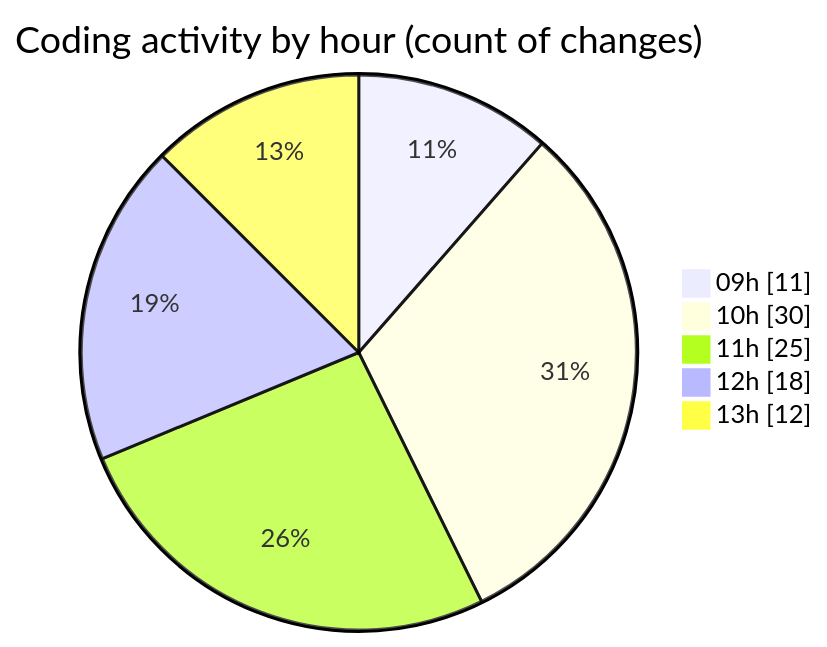
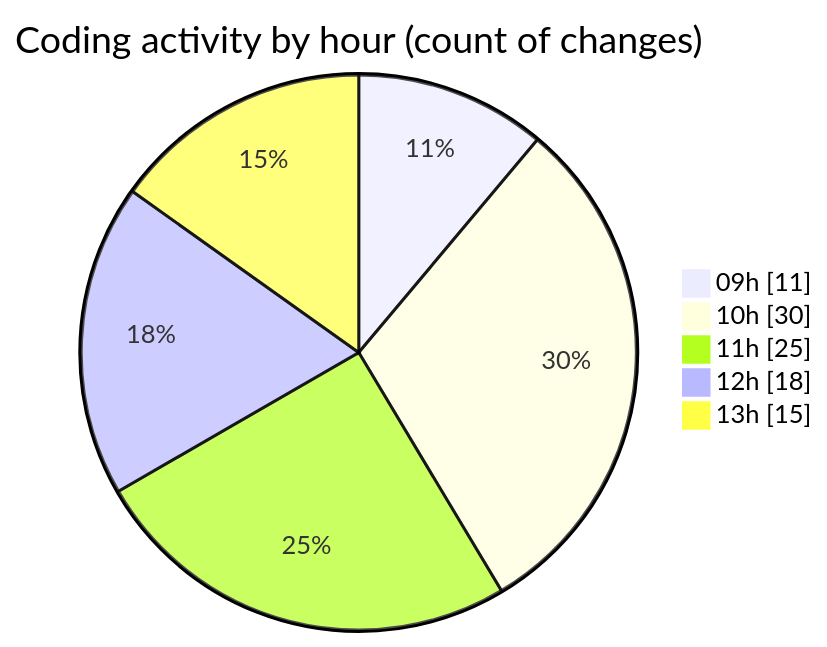
The second of 2 diagrams in 2025-06-24/cda/README.md (momahboobian/code-tracking), drawn with Mermaid before and after one commit. The commit also changed other lines of this file and 1 other file, not shown here.

````diff
--- a/2025-06-24/cda/README.md
+++ b/2025-06-24/cda/README.md
@@ -31,9 +32,9 @@
 ```mermaid
 pie showData
 title Coding activity by hour (count of changes)
 "09h" : 11
 "10h" : 30
 "11h" : 25
 "12h" : 18
-"13h" : 12
+"13h" : 15
 ```
````
